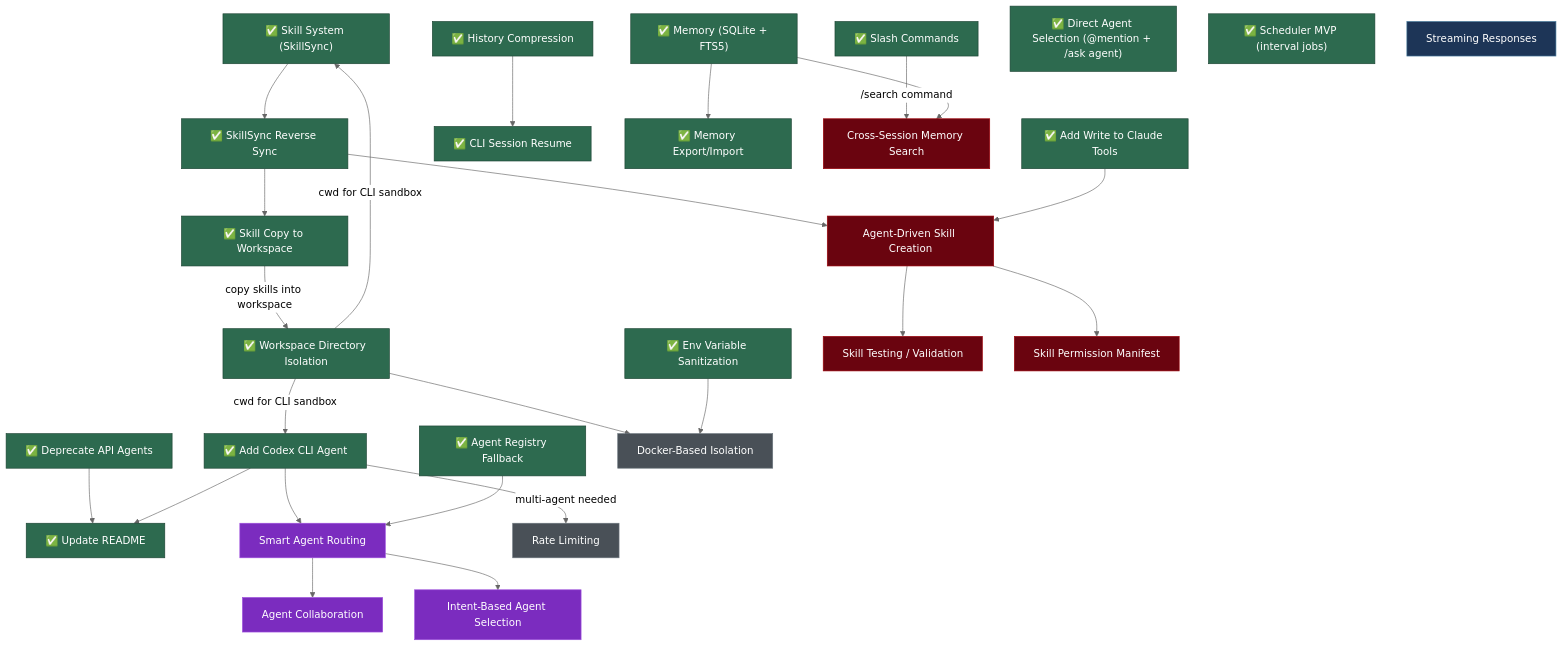
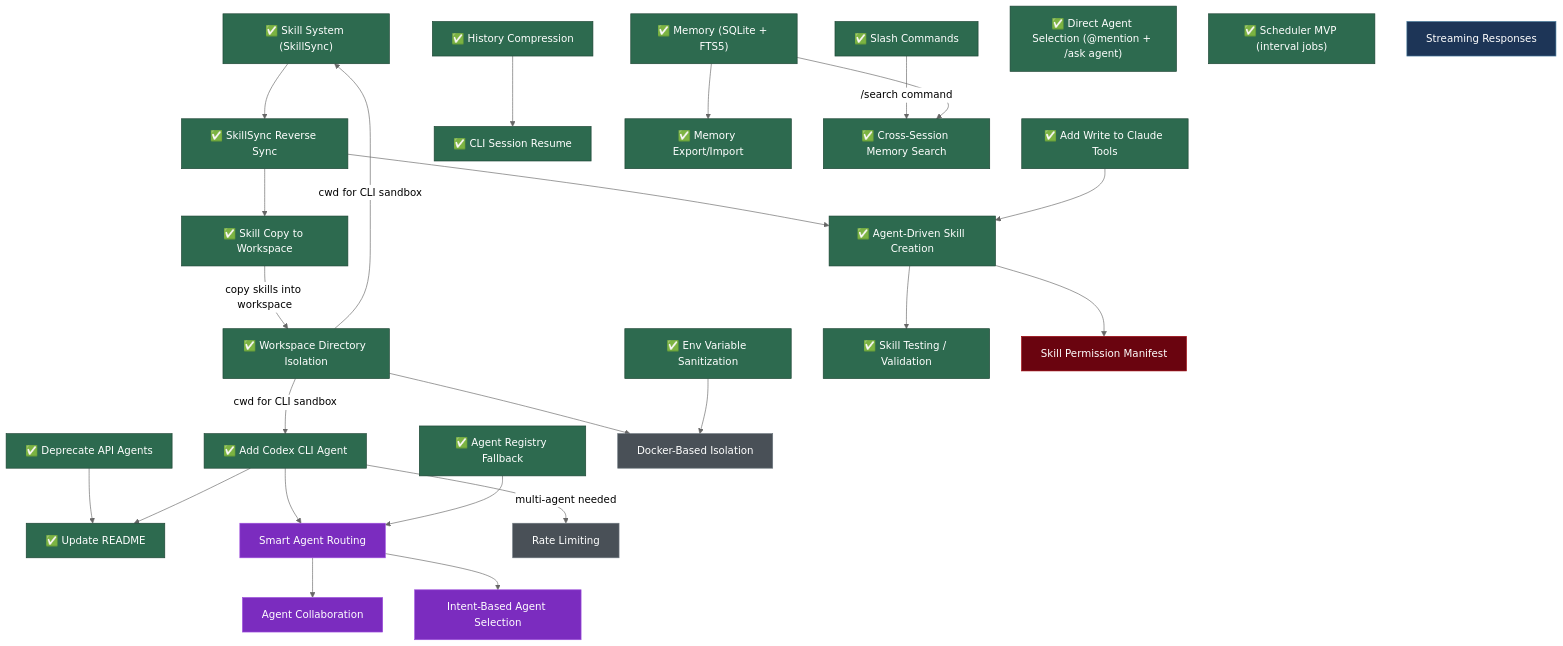
Before and after one commit to TCoherence/oh-my-agent: the diagram in docs/todo.md, drawn with Mermaid (neutral theme). The commit also changed other lines of this file and 7 other files, not shown here.

First line of the commit message:
feat: v0.5.0 — skill hot reload, validator, improved /search

````diff
--- a/docs/todo.md
+++ b/docs/todo.md
@@ -35,10 +35,10 @@
     STREAM["Streaming Responses"]
 
     %% ── v0.5.0 ─────────────────────────────────────
-    SKILLCREATE["Agent-Driven Skill Creation"]
-    SKILLTEST["Skill Testing / Validation"]
+    SKILLCREATE["✅ Agent-Driven Skill Creation"]
+    SKILLTEST["✅ Skill Testing / Validation"]
     SKILLPERM["Skill Permission Manifest"]
-    XMEM["Cross-Session Memory Search"]
+    XMEM["✅ Cross-Session Memory Search"]
 
     %% ── v0.6.0 ─────────────────────────────────────
     ROUTING["Smart Agent Routing"]
@@ -88,9 +88,9 @@
     classDef v06 fill:#7b2cbf,stroke:#9d4edd,color:#fff
     classDef backlog fill:#495057,stroke:#6c757d,color:#fff
 
-    class MEM,COMP,SKILL,FALLBACK,DEPRECATE,CODEX,WORKSPACE,ENVSANITIZE,SKILLCOPY,WRITE,REVERSE,SLASH,DIRECTMENTION,SCHED,README,RESUME,MEMIO done
+    class MEM,COMP,SKILL,FALLBACK,DEPRECATE,CODEX,WORKSPACE,ENVSANITIZE,SKILLCOPY,WRITE,REVERSE,SLASH,DIRECTMENTION,SCHED,README,RESUME,MEMIO,SKILLCREATE,SKILLTEST,XMEM done
     class STREAM v04
-    class SKILLCREATE,SKILLTEST,SKILLPERM,XMEM v05
+    class SKILLPERM v05
     class ROUTING,COLLAB,MENTION v06
     class DOCKER,RATELIMIT backlog
 ```
````
